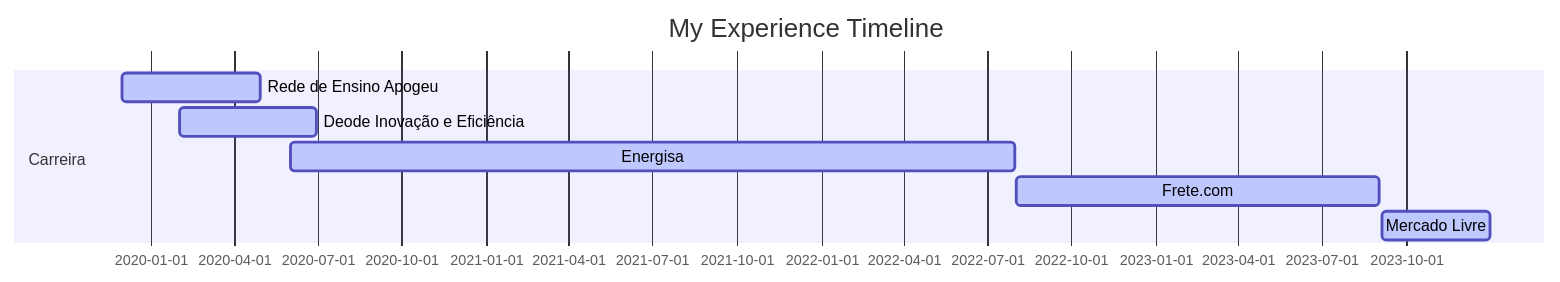
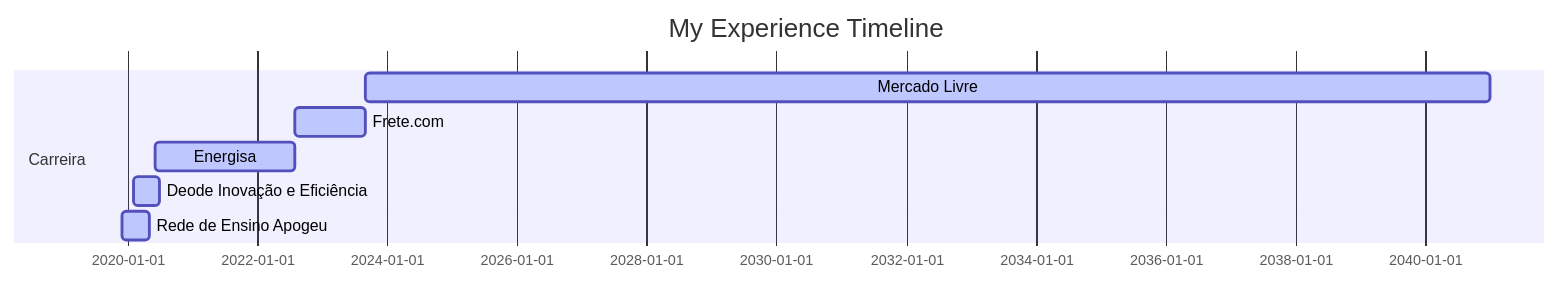
Before and after one commit to leticiagcsilva/leticiagcsilva: the diagram in README.md, drawn with Mermaid. The commit also changed other lines of this file, not shown here.

````diff
--- a/README.md
+++ b/README.md
@@ -5,14 +5,14 @@
 ```mermaid
 
 gantt
 dateFormat  YYYY-MM-DD
 title My Experience Timeline
 
 section Carreira
+Mercado Livre    :active,, 2023-09-04, 2040-12-31
+Frete.com         :active,, 2022-08-01,2023-09-01
+Energisa       :active,, 2020-06-01,2022-07-31
+Deode Inovação e Eficiência         :active,, 2020-02-01,2020-06-30
 Rede de Ensino Apogeu           :active,, 2019-12-01,2020-04-30
-Deode Inovação e Eficiência         :active,, 2020-02-01,2020-06-30
-Energisa       :active,, 2020-06-01,2022-07-31
-Frete.com         :active,, 2022-08-01,2023-09-01
-Mercado Livre    :active,, 2023-09-04, 2023-12-31
 
 ```
````
